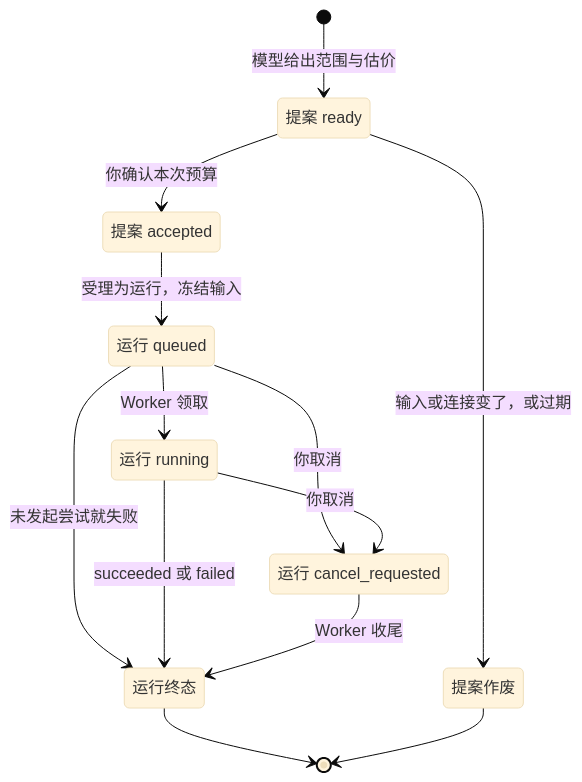
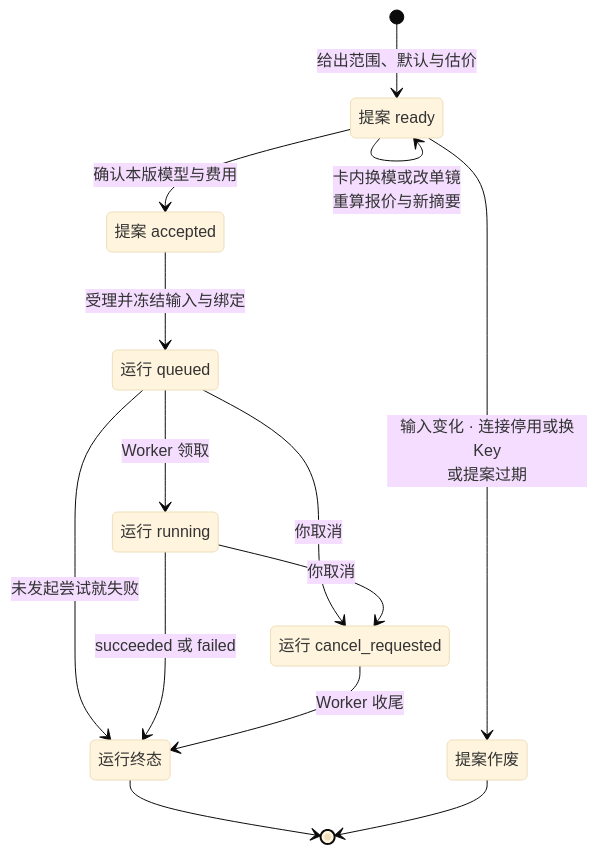
Before and after one commit to yaoziyaoguai/video-factory: the fourth of 11 diagrams in README.md, drawn with Mermaid (base theme). The commit also changed other lines of this file and 6 other files, not shown here.

Commit message:
docs(readme): refresh hero cover, model pool screenshots, and architecture diagrams [skip ci]

````diff
--- a/README.md
+++ b/README.md
@@ -182,23 +197,24 @@
 ```mermaid
 stateDiagram-v2
   state "提案 ready" as Ready
   state "提案作废" as Dropped
   state "提案 accepted" as Accepted
   state "运行 queued" as Queued
   state "运行 running" as Running
   state "运行 cancel_requested" as Cancelling
   state "运行终态" as Final
 
-  [*] --> Ready: 模型给出范围与估价
-  Ready --> Dropped: 输入或连接变了，或过期
-  Ready --> Accepted: 你确认本次预算
-  Accepted --> Queued: 受理为运行，冻结输入
+  [*] --> Ready: 给出范围、默认与估价
+  Ready --> Ready: 卡内换模或改单镜<br/>重算报价与新摘要
+  Ready --> Dropped: 输入变化 · 连接停用或换Key<br/>或提案过期
+  Ready --> Accepted: 确认本版模型与费用
+  Accepted --> Queued: 受理并冻结输入与绑定
   Queued --> Running: Worker 领取
   Queued --> Final: 未发起尝试就失败
   Running --> Final: succeeded 或 failed
   Queued --> Cancelling: 你取消
   Running --> Cancelling: 你取消
   Cancelling --> Final: Worker 收尾
   Final --> [*]
   Dropped --> [*]
 ```
````
